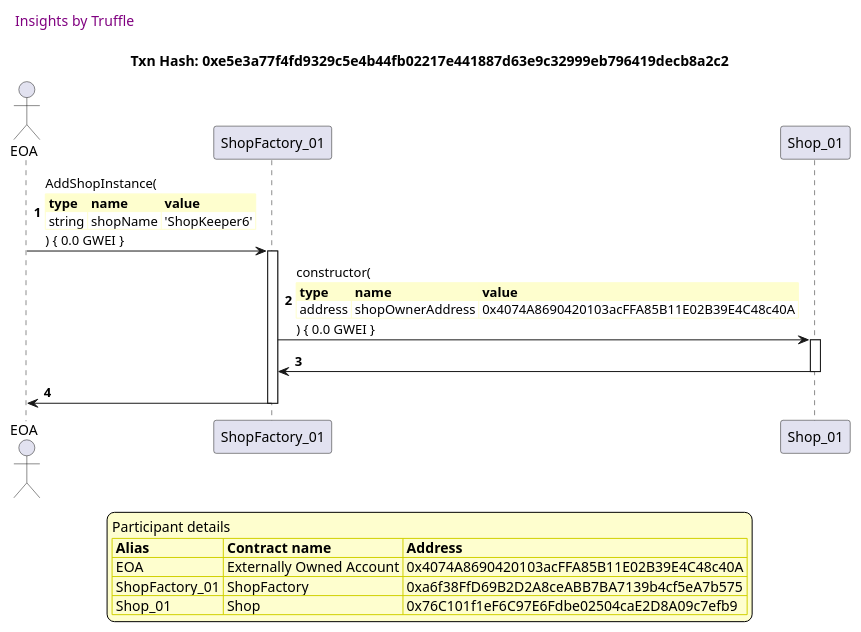
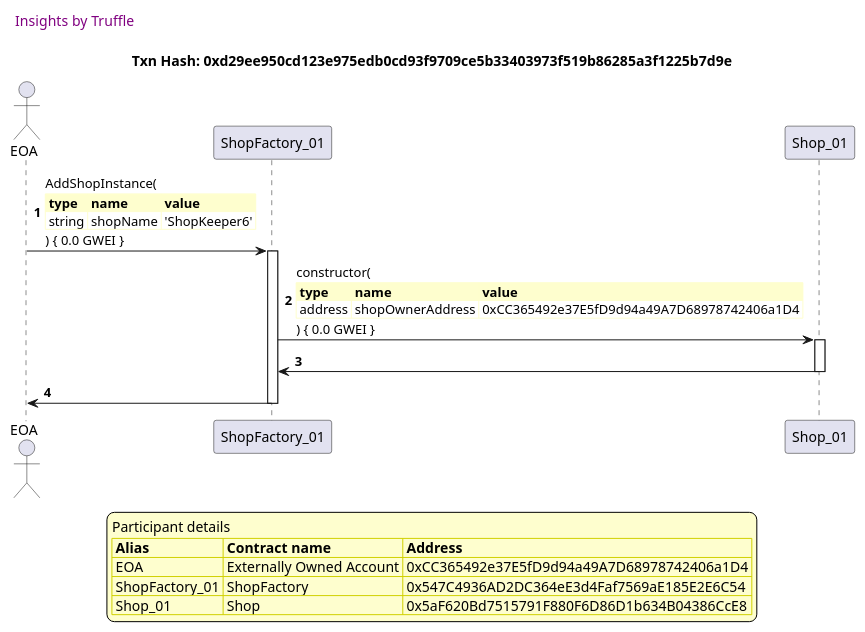
Diagram 13 of 58 in truffle-seq/Shop_test_shopfactory_manage_shop.md (thedarkjester/ConsensysAssignment), drawn with PlantUML before and after one commit. The commit also changed other lines of this file and 13 other files, not shown here.

````diff
--- a/truffle-seq/Shop_test_shopfactory_manage_shop.md
+++ b/truffle-seq/Shop_test_shopfactory_manage_shop.md
@@ -618,47 +618,47 @@
 ```plantuml
 
 
 @startuml
 
 autonumber
 skinparam legendBackgroundColor #FEFECE
 
 <style>
       header {
         HorizontalAlignment left
         FontColor purple
         FontSize 14
         Padding 10
       }
     </style>
 
 header Insights by Truffle
 
-title Txn Hash: 0xe5e3a77f4fd9329c5e4b44fb02217e441887d63e9c32999eb796419decb8a2c2
+title Txn Hash: 0xd29ee950cd123e975edb0cd93f9709ce5b33403973f519b86285a3f1225b7d9e
 
 
 actor EOA as "EOA"
 participant ShopFactory_01 as "ShopFactory_01"
 participant Shop_01 as "Shop_01"
 
 "EOA" -> "ShopFactory_01" ++: AddShopInstance(\n\
 <#FEFECE,#FEFECE>|= type |= name |= value |\n\
 | string | shopName | 'ShopKeeper6' |\n\
 ) { 0.0 GWEI }
 "ShopFactory_01" -> "Shop_01" ++: constructor(\n\
 <#FEFECE,#FEFECE>|= type |= name |= value |\n\
-| address | shopOwnerAddress | 0x4074A8690420103acFFA85B11E02B39E4C48c40A |\n\
+| address | shopOwnerAddress | 0xCC365492e37E5fD9d94a49A7D68978742406a1D4 |\n\
 ) { 0.0 GWEI }
 "Shop_01" -> "ShopFactory_01" --: 
 "ShopFactory_01" -> "EOA" --: 
 
 legend
 Participant details
 <#FEFECE,#D0D000>|= Alias |= Contract name |= Address |
-<#FEFECE>| EOA | Externally Owned Account | 0x4074A8690420103acFFA85B11E02B39E4C48c40A |
-<#FEFECE>| ShopFactory_01 | ShopFactory | 0xa6f38FfD69B2D2A8ceABB7BA7139b4cf5eA7b575 |
-<#FEFECE>| Shop_01 | Shop | 0x76C101f1eF6C97E6Fdbe02504caE2D8A09c7efb9 |
+<#FEFECE>| EOA | Externally Owned Account | 0xCC365492e37E5fD9d94a49A7D68978742406a1D4 |
+<#FEFECE>| ShopFactory_01 | ShopFactory | 0x547C4936AD2DC364eE3d4Faf7569aE185E2E6C54 |
+<#FEFECE>| Shop_01 | Shop | 0x5aF620Bd7515791F880F6D86D1b634B04386CcE8 |
 endlegend
 
 @enduml
 ```
````
